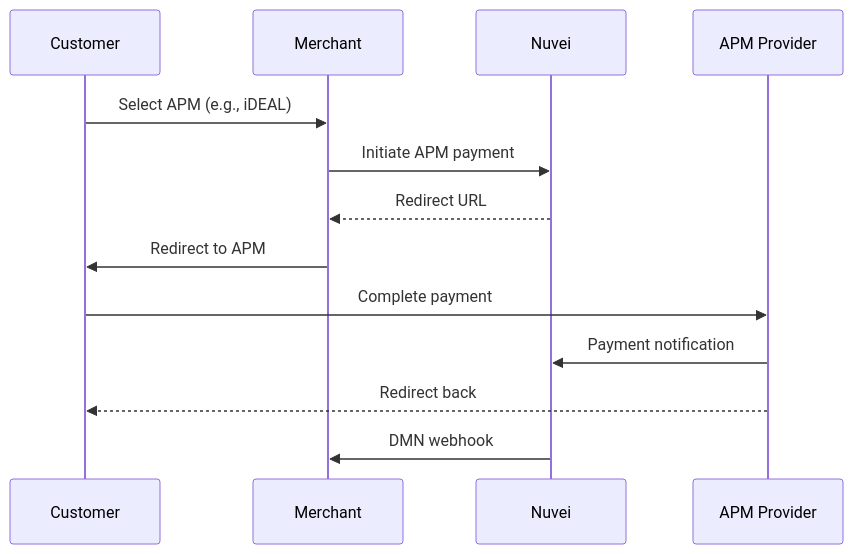
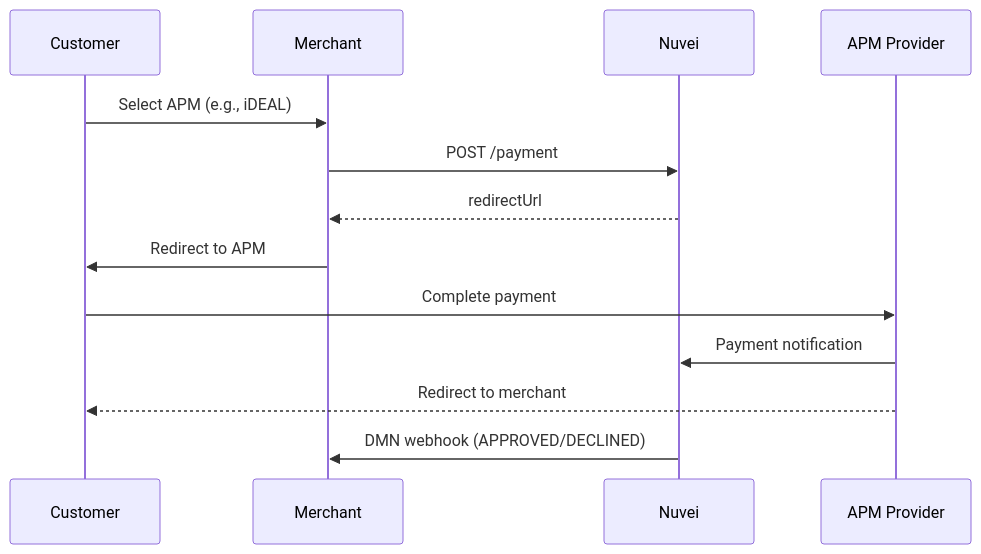
Before and after one commit to droreli/nuvei-rest-api-2-docs: the first of 2 diagrams in apms/overview.mdx, drawn with Mermaid. The commit also changed other lines of this file and 17 other files, not shown here.

````diff
--- a/apms/overview.mdx
+++ b/apms/overview.mdx
@@ -179,16 +209,16 @@
 ```mermaid
 sequenceDiagram
     participant Customer
     participant Merchant
     participant Nuvei
     participant APM Provider
     
     Customer->>Merchant: Select APM (e.g., iDEAL)
-    Merchant->>Nuvei: Initiate APM payment
-    Nuvei-->>Merchant: Redirect URL
+    Merchant->>Nuvei: POST /payment
+    Nuvei-->>Merchant: redirectUrl
     Merchant->>Customer: Redirect to APM
     Customer->>APM Provider: Complete payment
     APM Provider->>Nuvei: Payment notification
-    APM Provider-->>Customer: Redirect back
-    Nuvei->>Merchant: DMN webhook
+    APM Provider-->>Customer: Redirect to merchant
+    Nuvei->>Merchant: DMN webhook (APPROVED/DECLINED)
 ```
````
